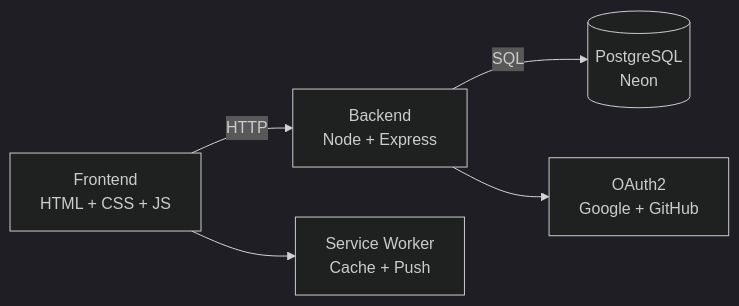
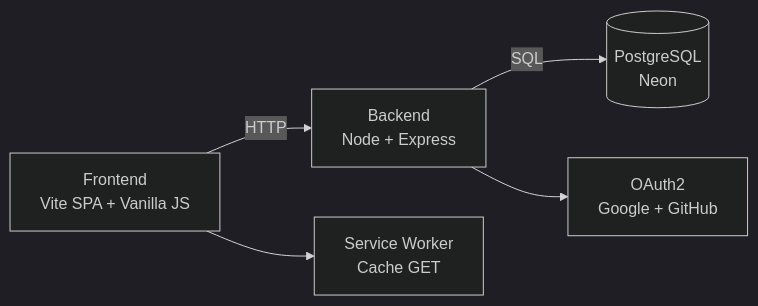
The first of 2 diagrams in 2º Cerebro/Cerebro do projeto/Readme do Projeto.md (Henrique1601/Projeto-Financeiro), drawn with Mermaid (dark theme) before and after one commit. The commit also changed other lines of this file and 86 other files, not shown here.

````diff
--- a/2º Cerebro/Cerebro do projeto/Readme do Projeto.md
+++ b/2º Cerebro/Cerebro do projeto/Readme do Projeto.md
@@ -26,7 +26,7 @@
 ```mermaid
 graph LR
-    F[Frontend<br/>HTML + CSS + JS] -->|HTTP| B[Backend<br/>Node + Express]
+    F[Frontend<br/>Vite SPA + Vanilla JS] -->|HTTP| B[Backend<br/>Node + Express]
     B -->|SQL| D[(PostgreSQL<br/>Neon)]
-    F --> SW[Service Worker<br/>Cache + Push]
+    F --> SW[Service Worker<br/>Cache GET]
     B --> O[OAuth2<br/>Google + GitHub]
 ```
````
